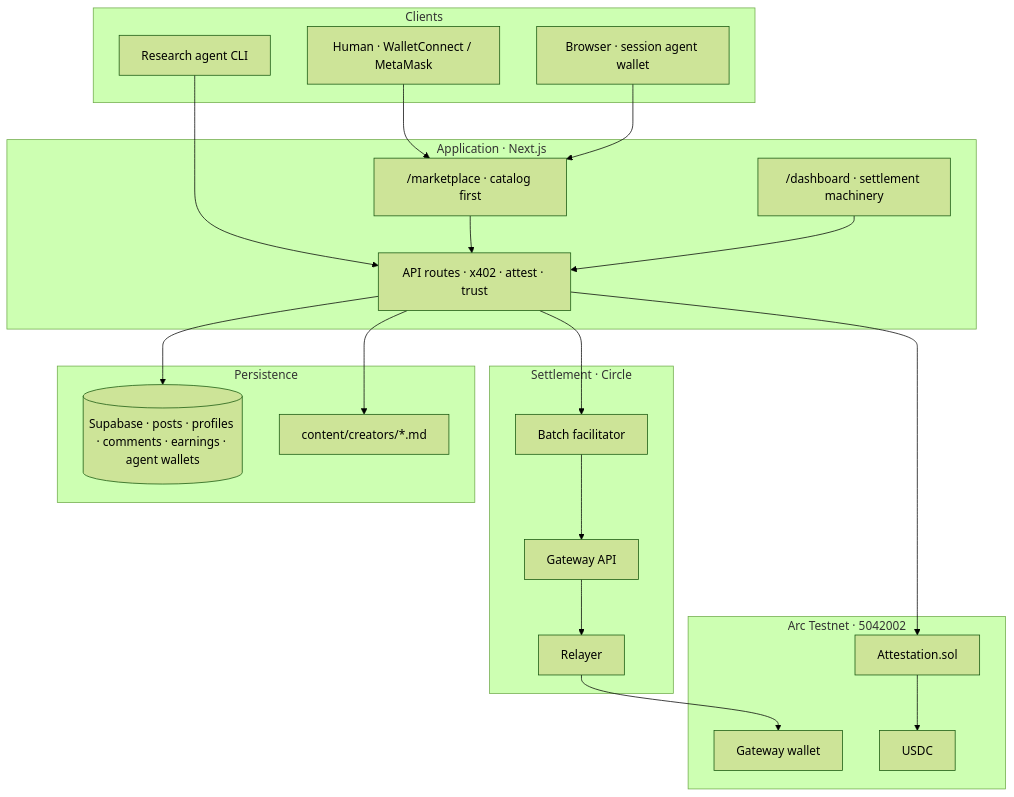
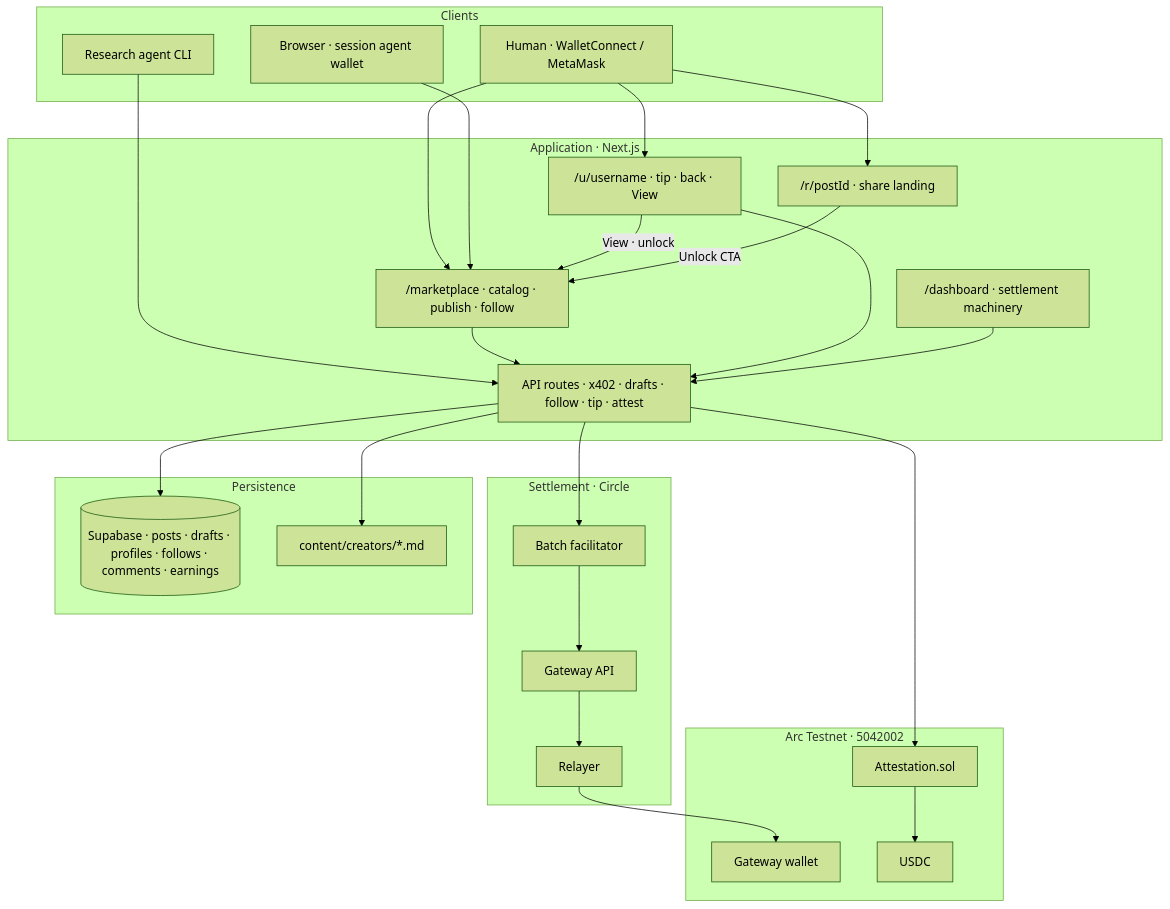
The first of 9 diagrams in README.md (rudazy/citation-agent), drawn with Mermaid (forest theme) before and after one commit. The commit also changed other lines of this file and 47 other files, not shown here.

````diff
--- a/README.md
+++ b/README.md
@@ -37,43 +40,50 @@
 ```mermaid
 flowchart TB
   subgraph Clients["Clients"]
     Human["Human · WalletConnect / MetaMask"]
     Agent["Research agent CLI"]
     BrowserAgent["Browser · session agent wallet"]
   end
 
   subgraph Application["Application · Next.js"]
-    Marketplace["/marketplace · catalog first"]
+    Marketplace["/marketplace · catalog · publish · follow"]
+    Profiles["/u/username · tip · back · View"]
+    Reports["/r/postId · share landing"]
     Dashboard["/dashboard · settlement machinery"]
-    APIs["API routes · x402 · attest · trust"]
+    APIs["API routes · x402 · drafts · follow · tip · attest"]
   end
 
   subgraph Settlement["Settlement · Circle"]
     Facilitator["Batch facilitator"]
     GatewayAPI["Gateway API"]
     Relayer["Relayer"]
   end
 
   subgraph Chain["Arc Testnet · 5042002"]
     GatewayWallet["Gateway wallet"]
     USDC["USDC"]
     Attestation["Attestation.sol"]
   end
 
   subgraph Persistence["Persistence"]
-    Supabase[("Supabase · posts · profiles · comments · earnings · agent wallets")]
+    Supabase[("Supabase · posts · drafts · profiles · follows · comments · earnings")]
     Seeds["content/creators/*.md"]
   end
 
   Human --> Marketplace
+  Human --> Profiles
+  Human --> Reports
   BrowserAgent --> Marketplace
+  Profiles -->|"View · unlock"| Marketplace
+  Reports -->|"Unlock CTA"| Marketplace
   Agent --> APIs
   Marketplace --> APIs
+  Profiles --> APIs
   Dashboard --> APIs
   APIs --> Facilitator
   Facilitator --> GatewayAPI --> Relayer --> GatewayWallet
   APIs --> Attestation
   Attestation --> USDC
   APIs --> Seeds
   APIs --> Supabase
 ```
````
